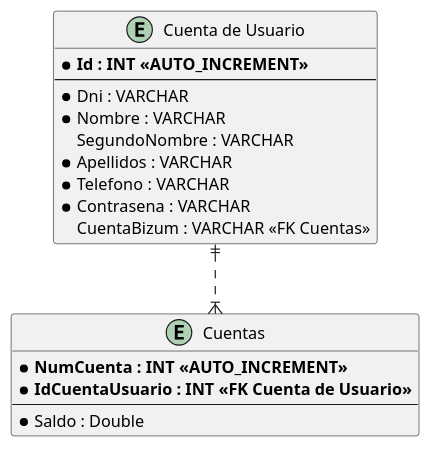
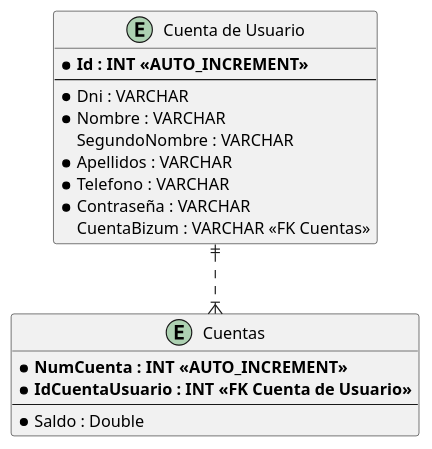
The first of 5 diagrams in README.md (ljhonyl/bizum), drawn with PlantUML before and after one commit. The commit also changed other lines of this file and 3 other files, not shown here.

`````diff
--- a/README.md
+++ b/README.md
@@ -5,24 +5,24 @@
 ````plantuml
 @startuml
 
 entity "Cuenta de Usuario"{
   * **Id : INT <<AUTO_INCREMENT>> **
   --
   *Dni : VARCHAR
   *Nombre : VARCHAR
   SegundoNombre : VARCHAR
   *Apellidos : VARCHAR
   *Telefono : VARCHAR
-  *Contrasena : VARCHAR
+  *Contraseña : VARCHAR
   CuentaBizum : VARCHAR <<FK Cuentas>>
 }
 
 entity Cuentas{
     * **NumCuenta : INT <<AUTO_INCREMENT>>**
     * **IdCuentaUsuario : INT <<FK Cuenta de Usuario>>**
     --
     * Saldo : Double
 }
 "Cuenta de Usuario" ||..|{ Cuentas
 @enduml
 ````
`````
